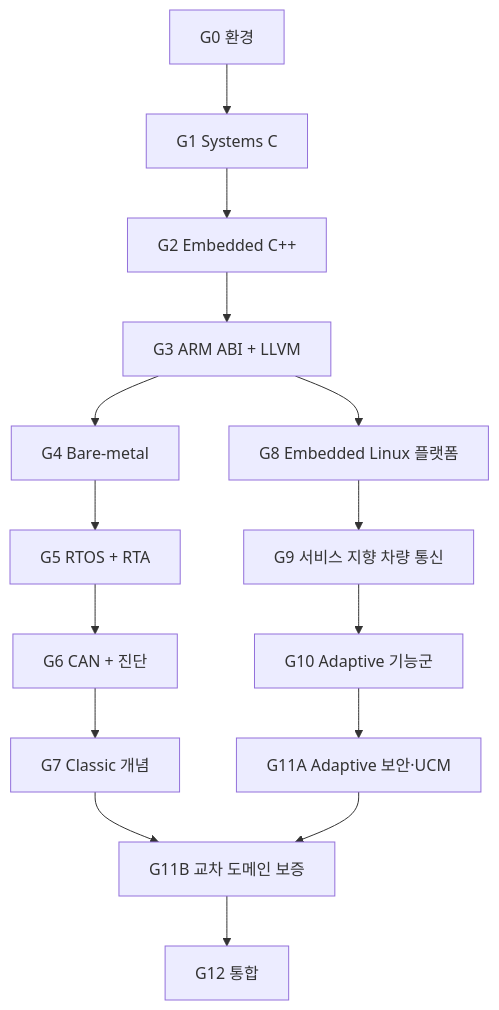
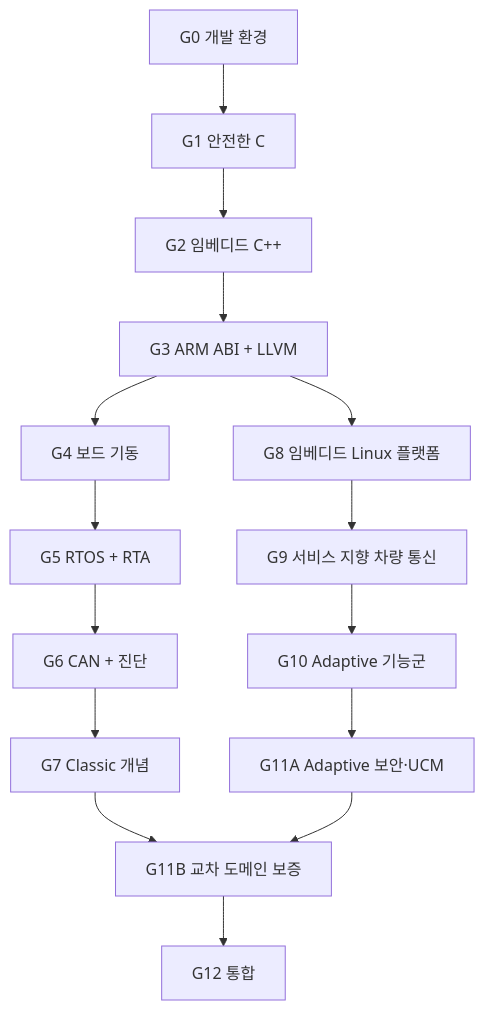
One commit to ThePo1es/adaptive-vehicle-platform-lab changed the diagram in ROADMAP.md. Above: the diagram before and after it, drawn with Mermaid. The commit also changed other lines of this file and 7 other files, not shown here.

````diff
--- a/ROADMAP.md
+++ b/ROADMAP.md
@@ -28,17 +28,17 @@
 ```mermaid
 flowchart TB
-    G0["G0 환경"] --> G1["G1 Systems C"]
-    G1 --> G2["G2 Embedded C++"]
+    G0["G0 개발 환경"] --> G1["G1 안전한 C"]
+    G1 --> G2["G2 임베디드 C++"]
     G2 --> G3["G3 ARM ABI + LLVM"]
-    G3 --> G4["G4 Bare-metal"]
+    G3 --> G4["G4 보드 기동"]
     G4 --> G5["G5 RTOS + RTA"]
     G5 --> G6["G6 CAN + 진단"]
     G6 --> G7["G7 Classic 개념"]
-    G3 --> G8["G8 Embedded Linux 플랫폼"]
+    G3 --> G8["G8 임베디드 Linux 플랫폼"]
     G8 --> G9["G9 서비스 지향 차량 통신"]
     G9 --> G10["G10 Adaptive 기능군"]
     G10 --> G11A["G11A Adaptive 보안·UCM"]
     G7 --> G11B["G11B 교차 도메인 보증"]
     G11A --> G11B
     G11B --> G12["G12 통합"]
 ```
````
